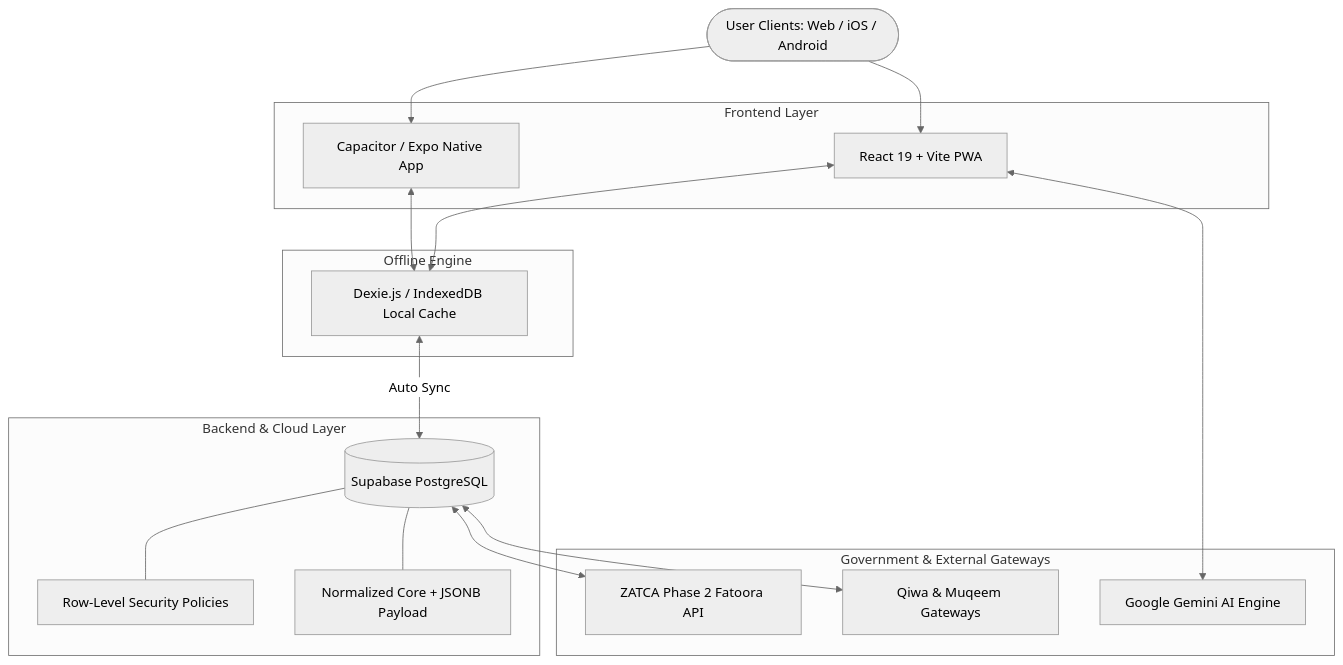
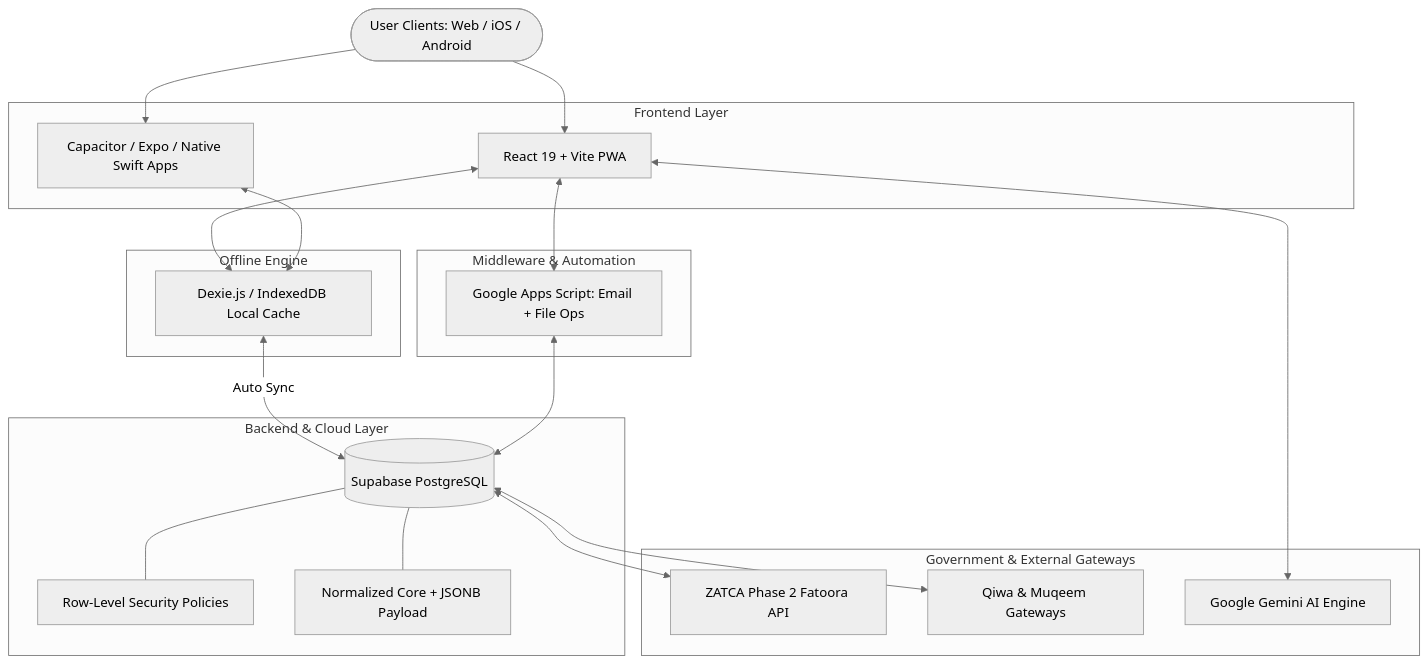
One commit to MindBreakOps/mindbreakops.github.io changed the second of 2 diagrams in README.md. Above: the diagram before and after it, drawn with Mermaid (neutral theme). The commit also changed other lines of this file, not shown here.

````diff
--- a/README.md
+++ b/README.md
@@ -159,36 +222,42 @@
 ```mermaid
 graph TD
     User([User Clients: Web / iOS / Android])
-    
+
     subgraph Frontend Layer
         Web[React 19 + Vite PWA]
-        Mobile[Capacitor / Expo Native App]
+        Mobile[Capacitor / Expo / Native Swift Apps]
     end
 
     subgraph Offline Engine
         Dexie[Dexie.js / IndexedDB Local Cache]
+    end
+
+    subgraph Middleware & Automation
+        GAS[Google Apps Script: Email + File Ops]
     end
 
     subgraph Backend & Cloud Layer
         Supabase[(Supabase PostgreSQL)]
         RLS[Row-Level Security Policies]
         JSONB[Normalized Core + JSONB Payload]
     end
 
     subgraph Government & External Gateways
         ZATCA[ZATCA Phase 2 Fatoora API]
         Qiwa[Qiwa & Muqeem Gateways]
         Gemini[Google Gemini AI Engine]
     end
 
     User --> Web
     User --> Mobile
     Web <--> Dexie
     Mobile <--> Dexie
     Dexie <-->|Auto Sync| Supabase
+    Web <--> GAS
+    GAS <--> Supabase
     Supabase --- RLS
     Supabase --- JSONB
     Supabase <--> ZATCA
     Supabase <--> Qiwa
     Web <--> Gemini
 ```
````
